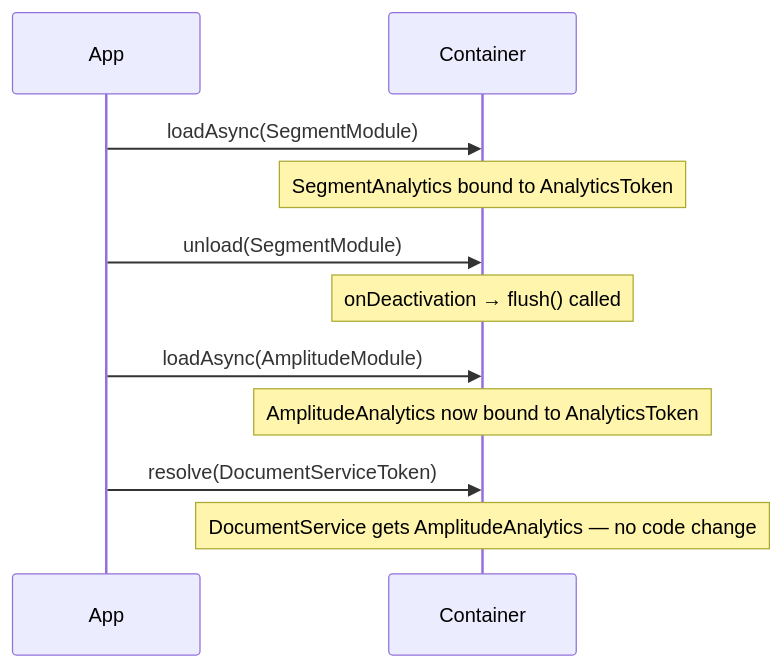
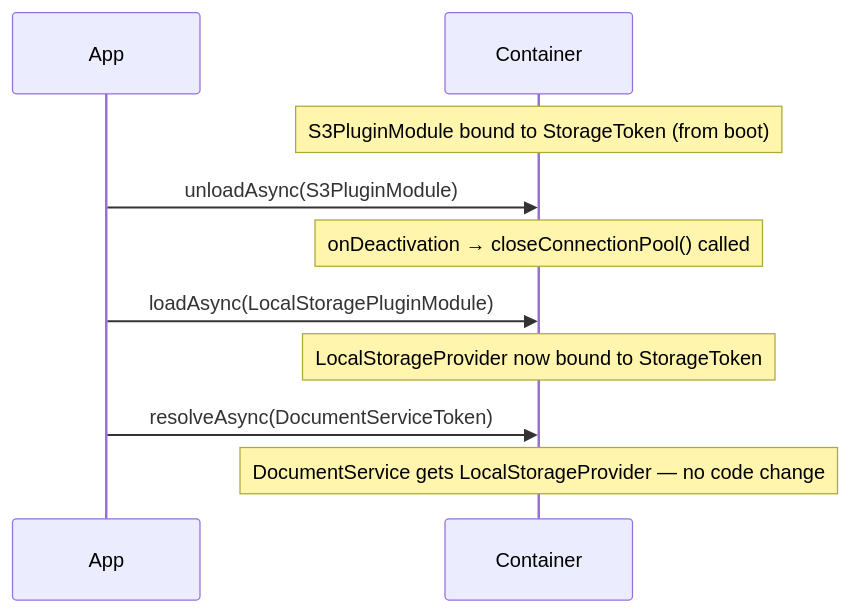
One commit to codefastlabs/codefast changed the second of 2 diagrams in packages/di/examples/10-plugin-architecture/README.md. Above: the diagram before and after it, drawn with Mermaid. The commit also changed other lines of this file and 9 other files, not shown here.

````diff
--- a/packages/di/examples/10-plugin-architecture/README.md
+++ b/packages/di/examples/10-plugin-architecture/README.md
@@ -50,17 +50,16 @@
 ```mermaid
 sequenceDiagram
     participant App
     participant Container
 
-    App->>Container: loadAsync(SegmentModule)
-    Note over Container: SegmentAnalytics bound to AnalyticsToken
+    Note over Container: S3PluginModule bound to StorageToken (from boot)
 
-    App->>Container: unload(SegmentModule)
-    Note over Container: onDeactivation → flush() called
+    App->>Container: unloadAsync(S3PluginModule)
+    Note over Container: onDeactivation → closeConnectionPool() called
 
-    App->>Container: loadAsync(AmplitudeModule)
-    Note over Container: AmplitudeAnalytics now bound to AnalyticsToken
+    App->>Container: loadAsync(LocalStoragePluginModule)
+    Note over Container: LocalStorageProvider now bound to StorageToken
 
-    App->>Container: resolve(DocumentServiceToken)
-    Note over Container: DocumentService gets AmplitudeAnalytics — no code change
+    App->>Container: resolveAsync(DocumentServiceToken)
+    Note over Container: DocumentService gets LocalStorageProvider — no code change
 ```
````
